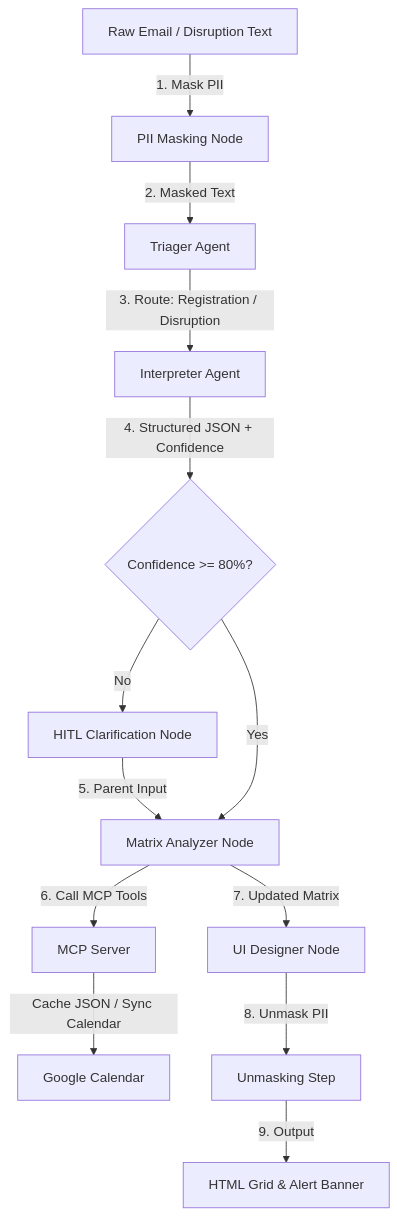
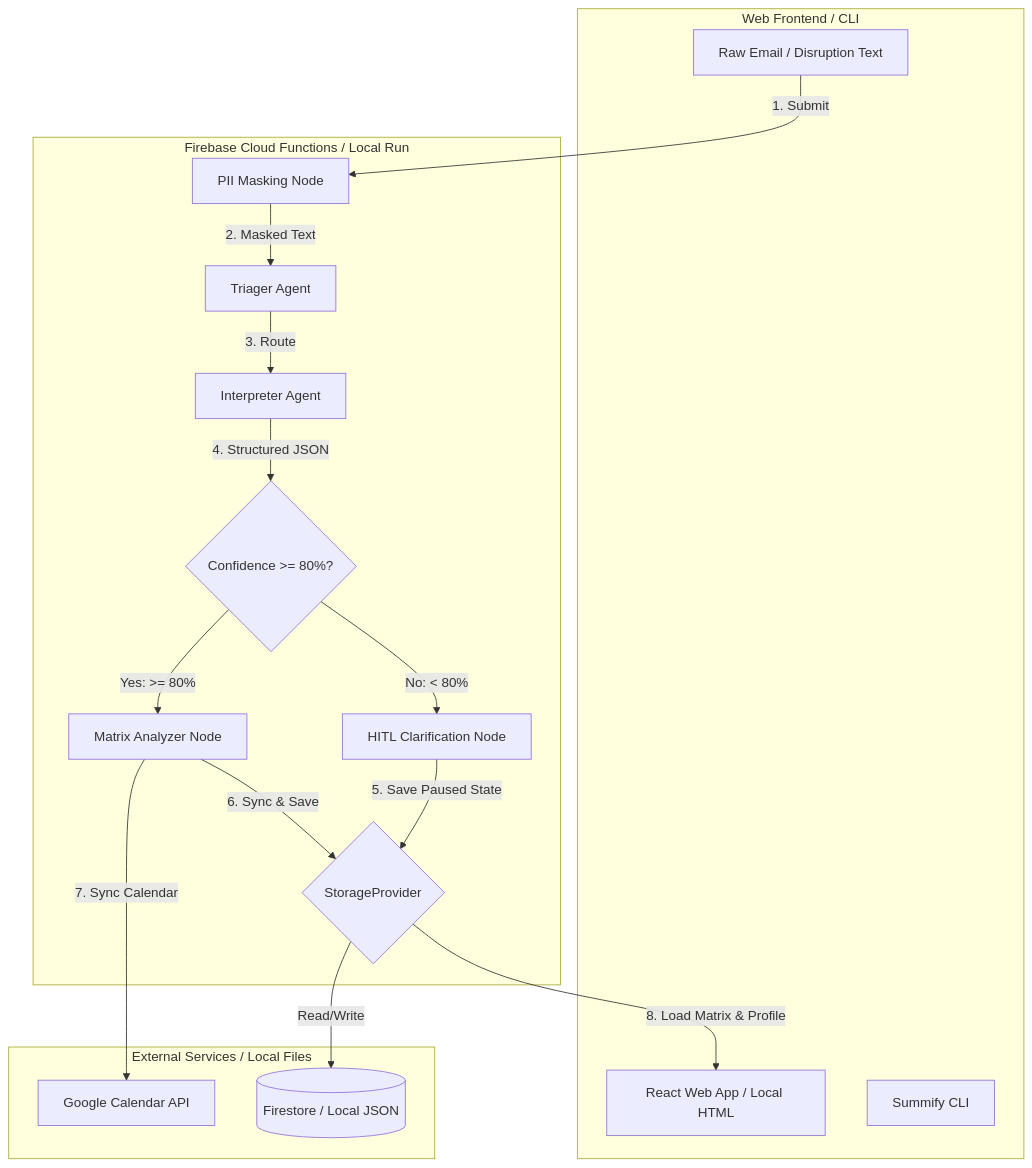
One commit to VolantTyler/InSummery-AI changed the diagram in implementation_plan.md. Above: the diagram before and after it, drawn with Mermaid. The commit also changed other lines of this file and 1 other file, not shown here.

````diff
--- a/implementation_plan.md
+++ b/implementation_plan.md
@@ -42,15 +65,35 @@
 ```mermaid
 graph TD
-    Input[Raw Email / Disruption Text] -->|1. Mask PII| MaskNode[PII Masking Node]
-    MaskNode -->|2. Masked Text| Triager[Triager Agent]
-    Triager -->|3. Route: Registration / Disruption| Interpreter[Interpreter Agent]
-    Interpreter -->|4. Structured JSON + Confidence| ConfGate{Confidence >= 80%?}
-    ConfGate -->|No| HITL[HITL Clarification Node]
-    HITL -->|5. Parent Input| MatrixNode[Matrix Analyzer Node]
-    ConfGate -->|Yes| MatrixNode
-    MatrixNode -->|6. Call MCP Tools| MCPServer[MCP Server]
-    MCPServer -->|Cache JSON / Sync Calendar| GCal[Google Calendar]
-    MatrixNode -->|7. Updated Matrix| UIDesigner[UI Designer Node]
-    UIDesigner -->|8. Unmask PII| Unmask[Unmasking Step]
-    Unmask -->|9. Output| Final[HTML Grid & Alert Banner]
+    subgraph Frontend [Web Frontend / CLI]
+        Input[Raw Email / Disruption Text]
+        UI[React Web App / Local HTML]
+        CLI[Summify CLI]
+    end
+
+    subgraph Backend [Firebase Cloud Functions / Local Run]
+        Storage{StorageProvider}
+        MaskNode[PII Masking Node]
+        Triager[Triager Agent]
+        Interpreter[Interpreter Agent]
+        ConfGate{Confidence >= 80%?}
+        HITL[HITL Clarification Node]
+        MatrixNode[Matrix Analyzer Node]
+    end
+
+    subgraph External [External Services / Local Files]
+        GCal[Google Calendar API]
+        DB[(Firestore / Local JSON)]
+    end
+
+    Input -->|1. Submit| MaskNode
+    MaskNode -->|2. Masked Text| Triager
+    Triager -->|3. Route| Interpreter
+    Interpreter -->|4. Structured JSON| ConfGate
+    ConfGate -->|No: < 80%| HITL
+    HITL -->|5. Save Paused State| Storage
+    ConfGate -->|Yes: >= 80%| MatrixNode
+    MatrixNode -->|6. Sync & Save| Storage
+    Storage -->|Read/Write| DB
+    MatrixNode -->|7. Sync Calendar| GCal
+    Storage -->|8. Load Matrix & Profile| UI
 ```
````
